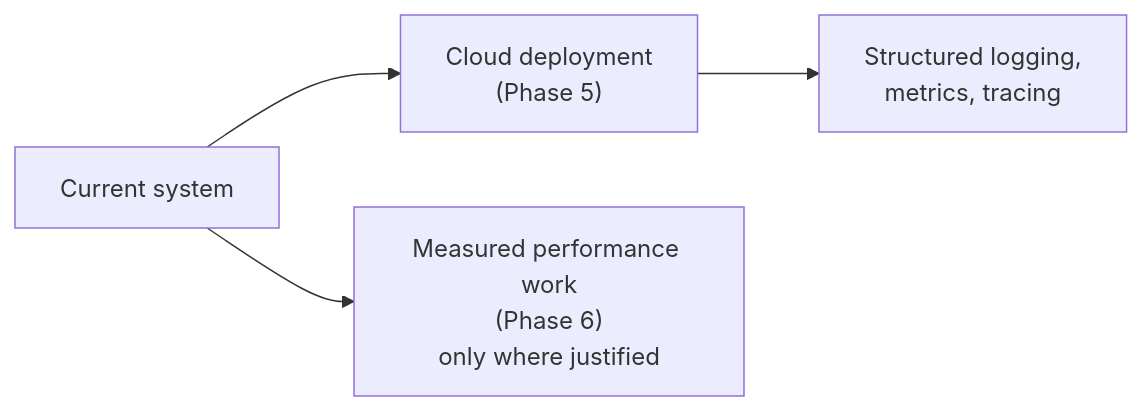
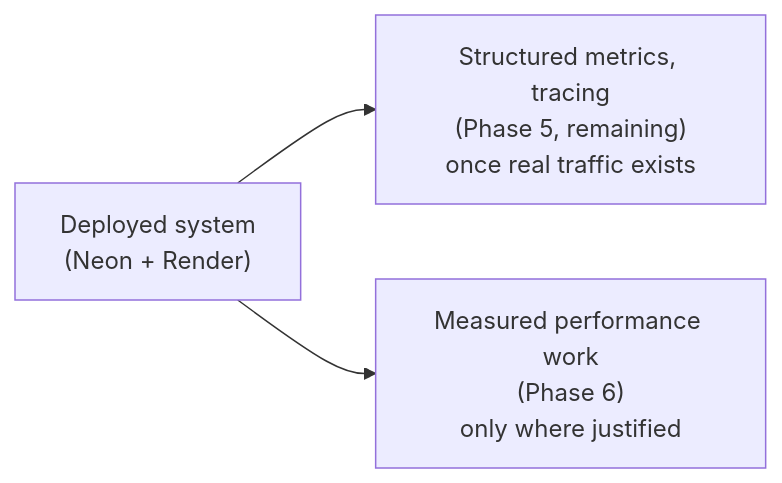
One commit to KayBee1880/Sift changed the second of 2 diagrams in README.md. Above: the diagram before and after it, drawn with Mermaid. The commit also changed other lines of this file and 2 other files, not shown here.

Commit message:
fix: recognize CJK-style citation brackets, update README for live deployment

````diff
--- a/README.md
+++ b/README.md
@@ -60,6 +64,5 @@
 ```mermaid
 flowchart LR
-    App["Current system"] --> Deploy["Cloud deployment<br/>(Phase 5)"]
-    Deploy --> Observability["Structured logging,<br/>metrics, tracing"]
+    App["Deployed system<br/>(Neon + Render)"] --> Observability["Structured metrics, tracing<br/>(Phase 5, remaining)<br/>once real traffic exists"]
     App --> Perf["Measured performance work<br/>(Phase 6)<br/>only where justified"]
 ```
````
